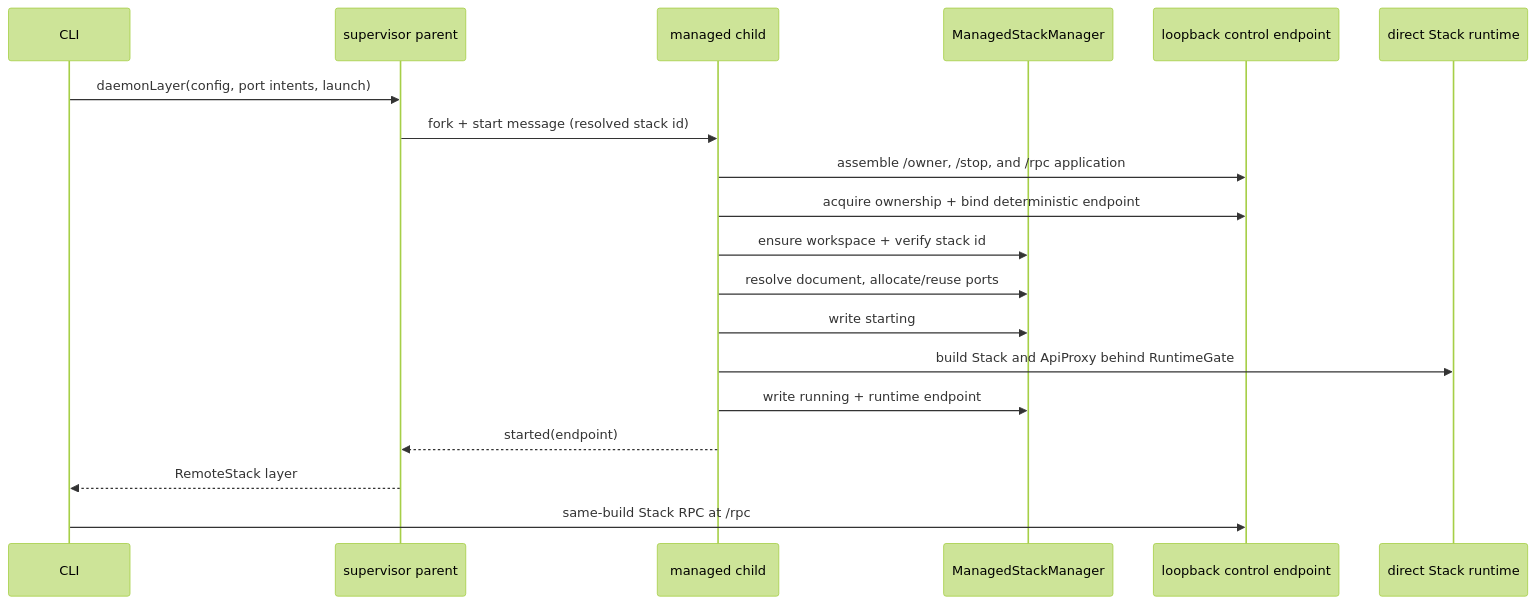
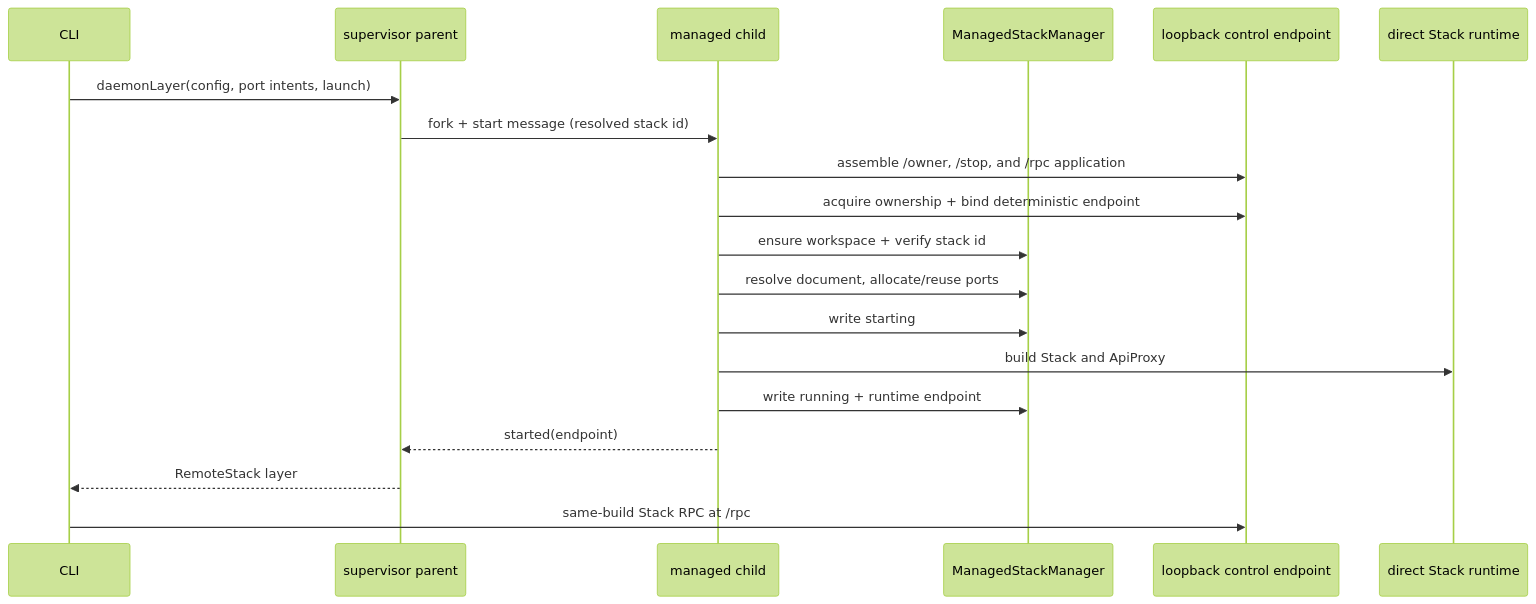
The diagram in packages/stack/docs/architecture.md (supabase/cli), drawn with Mermaid (forest theme) before and after one commit. The commit also changed other lines of this file and 2 other files, not shown here.

Commit message:
docs(stack): update supervisor ownership model

````diff
--- a/packages/stack/docs/architecture.md
+++ b/packages/stack/docs/architecture.md
@@ -29,22 +29,22 @@
 ```mermaid
 sequenceDiagram
     participant CLI
     participant Parent as supervisor parent
     participant Child as managed child
     participant Manager as ManagedStackManager
     participant Control as loopback control endpoint
     participant Runtime as direct Stack runtime
 
     CLI->>Parent: daemonLayer(config, port intents, launch)
     Parent->>Child: fork + start message (resolved stack id)
     Child->>Control: assemble /owner, /stop, and /rpc application
     Child->>Control: acquire ownership + bind deterministic endpoint
     Child->>Manager: ensure workspace + verify stack id
     Child->>Manager: resolve document, allocate/reuse ports
     Child->>Manager: write starting
-    Child->>Runtime: build Stack and ApiProxy behind RuntimeGate
+    Child->>Runtime: build Stack and ApiProxy
     Child->>Manager: write running + runtime endpoint
     Child-->>Parent: started(endpoint)
     Parent-->>CLI: RemoteStack layer
     CLI->>Control: same-build Stack RPC at /rpc
 ```
````
